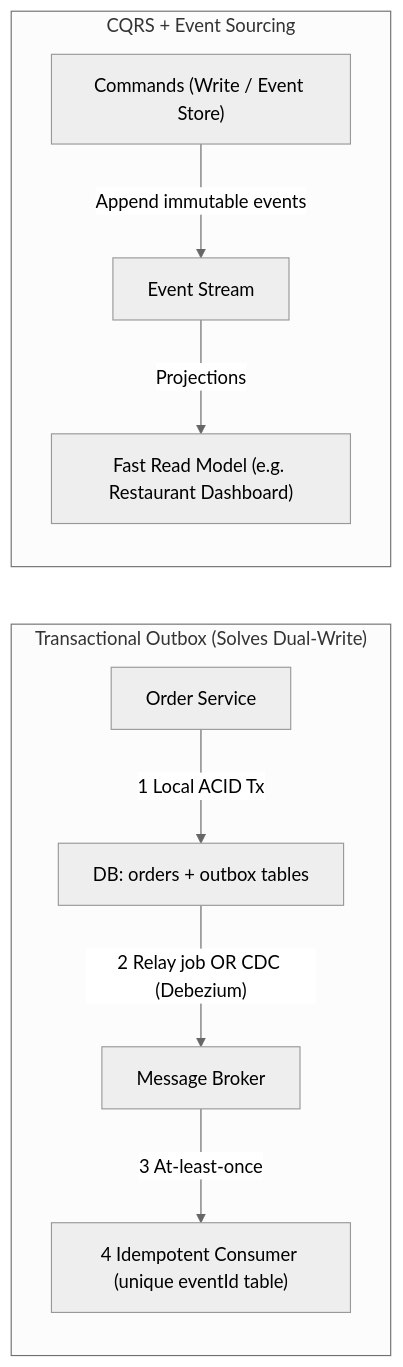
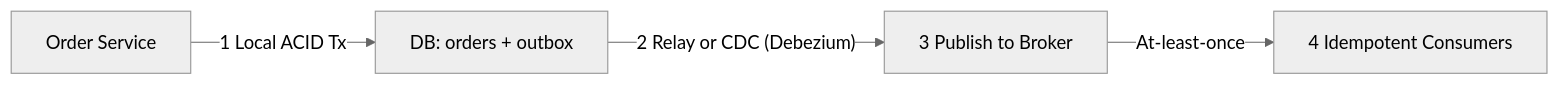
Before and after one commit to SthNoWork/Y3-S1-Lessons: the sixth of 6 diagrams in Software Architecture/Midterm/study.md, drawn with Mermaid (neutral theme). The commit also changed other lines of this file and 8 other files, not shown here.

````diff
--- a/Software Architecture/Midterm/study.md
+++ b/Software Architecture/Midterm/study.md
@@ -950,13 +1217,6 @@
 ```mermaid
 flowchart LR
-  subgraph OUTBOX["Transactional Outbox (Solves Dual-Write)"]
-    SVC["Order Service"] -->|"1 Local ACID Tx"| DB["DB: orders + outbox tables"]
-    DB -->|"2 Relay job OR CDC (Debezium)"| BRK["Message Broker"]
-    BRK -->|"3 At-least-once"| CON["4 Idempotent Consumer (unique eventId table)"]
-  end
-
-  subgraph CQRS["CQRS + Event Sourcing"]
-    CMD["Commands (Write / Event Store)"] -->|"Append immutable events"| EV["Event Stream"]
-    EV -->|"Projections"| RM["Fast Read Model (e.g. Restaurant Dashboard)"]
-  end
+  SVC["Order Service"] -->|"1 Local ACID Tx"| DB["DB: orders + outbox"]
+  DB -->|"2 Relay or CDC (Debezium)"| BRK["3 Publish to Broker"]
+  BRK -->|"At-least-once"| CON["4 Idempotent Consumers"]
 ```
````
